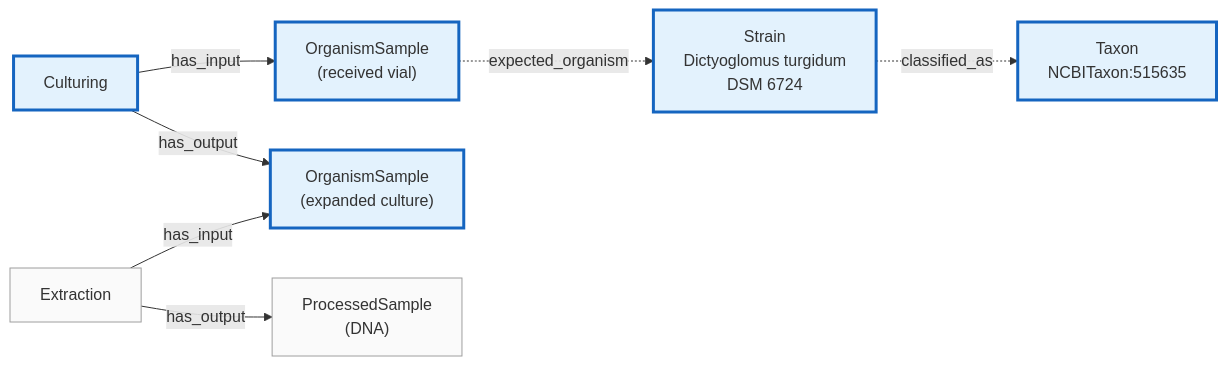
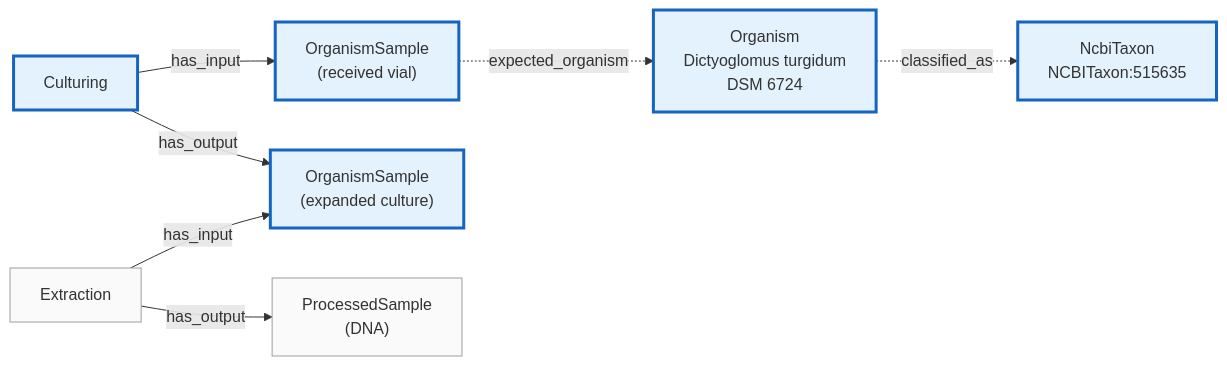
Before and after one commit to microbiomedata/nmdc-schema: the diagram in src/docs/images/use-case-2-culture-collection.mmd, drawn with Mermaid. The commit also changed 20 other files, not shown here.

First line of the commit message:
Remove Strain class, migrate slots to Organism; add OBI/COB mappings

```diff
--- a/src/docs/images/use-case-2-culture-collection.mmd
+++ b/src/docs/images/use-case-2-culture-collection.mmd
@@ -1,23 +1,23 @@
 flowchart LR
     OSM1["OrganismSample\n(received vial)"]
     CULT["Culturing"]
     OSM2["OrganismSample\n(expanded culture)"]
     EXT["Extraction"]
     PSM["ProcessedSample\n(DNA)"]
-    STRN["Strain\nDictyoglomus turgidum\nDSM 6724"]
-    TAX["Taxon\nNCBITaxon:515635"]
+    ORG["Organism\nDictyoglomus turgidum\nDSM 6724"]
+    TAX["NcbiTaxon\nNCBITaxon:515635"]
 
     CULT -->|has_input| OSM1
     CULT -->|has_output| OSM2
     EXT -->|has_input| OSM2
     EXT -->|has_output| PSM
-    OSM1 -.->|expected_organism| STRN
-    STRN -.->|classified_as| TAX
+    OSM1 -.->|expected_organism| ORG
+    ORG -.->|classified_as| TAX
 
     style OSM1 fill:#e3f2fd,stroke:#1565c0,stroke-width:3px
     style OSM2 fill:#e3f2fd,stroke:#1565c0,stroke-width:3px
     style CULT fill:#e3f2fd,stroke:#1565c0,stroke-width:3px
-    style STRN fill:#e3f2fd,stroke:#1565c0,stroke-width:3px
+    style ORG fill:#e3f2fd,stroke:#1565c0,stroke-width:3px
     style TAX fill:#e3f2fd,stroke:#1565c0,stroke-width:3px
     style EXT fill:#fafafa,stroke:#9e9e9e
     style PSM fill:#fafafa,stroke:#9e9e9e
```
